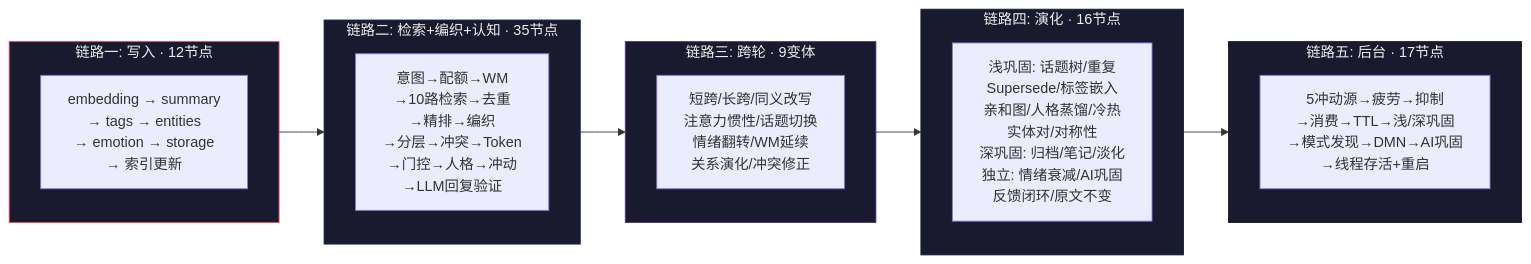
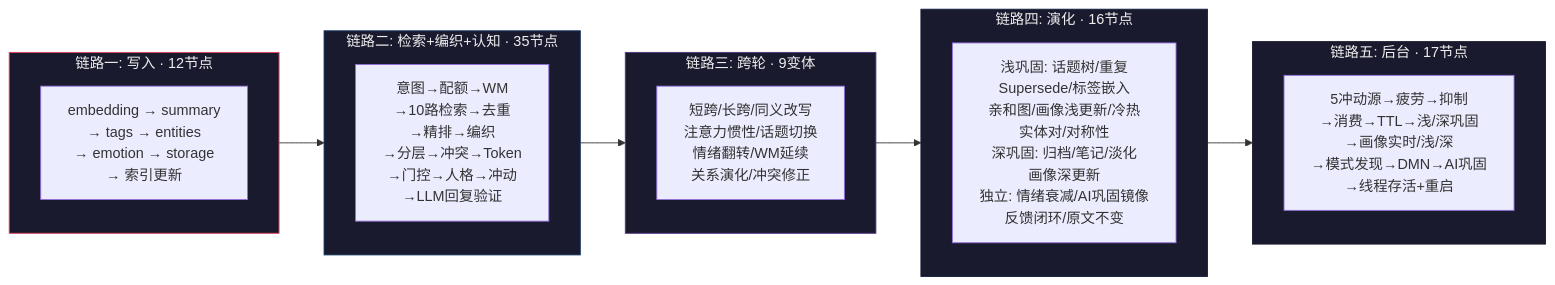
Before and after one commit to 834063245-creator/-First-beat.CH-MemorySystem: diagram 11 of 11 in ARCHITECTURE_DIAGRAM.md, drawn with Mermaid. The commit also changed other lines of this file and 4 other files, not shown here.

````diff
--- a/ARCHITECTURE_DIAGRAM.md
+++ b/ARCHITECTURE_DIAGRAM.md
@@ -452,30 +481,30 @@
 ```mermaid
 flowchart LR
     subgraph LINK1["链路一: 写入 · 12节点"]
         W1["embedding → summary<br/>→ tags → entities<br/>→ emotion → storage<br/>→ 索引更新"]
     end
 
     subgraph LINK2["链路二: 检索+编织+认知 · 35节点"]
         R1["意图→配额→WM<br/>→10路检索→去重<br/>→精排→编织<br/>→分层→冲突→Token<br/>→门控→人格→冲动<br/>→LLM回复验证"]
     end
 
     subgraph LINK3["链路三: 跨轮 · 9变体"]
         X1["短跨/长跨/同义改写<br/>注意力惯性/话题切换<br/>情绪翻转/WM延续<br/>关系演化/冲突修正"]
     end
 
     subgraph LINK4["链路四: 演化 · 16节点"]
-        M1["浅巩固: 话题树/重复<br/>Supersede/标签嵌入<br/>亲和图/人格蒸馏/冷热<br/>实体对/对称性<br/>深巩固: 归档/笔记/淡化<br/>独立: 情绪衰减/AI巩固<br/>反馈闭环/原文不变"]
+        M1["浅巩固: 话题树/重复<br/>Supersede/标签嵌入<br/>亲和图/画像浅更新/冷热<br/>实体对/对称性<br/>深巩固: 归档/笔记/淡化<br/>画像深更新<br/>独立: 情绪衰减/AI巩固镜像<br/>反馈闭环/原文不变"]
     end
 
     subgraph LINK5["链路五: 后台 · 17节点"]
-        B1["5冲动源→疲劳→抑制<br/>→消费→TTL→浅/深巩固<br/>→模式发现→DMN→AI巩固<br/>→线程存活+重启"]
+        B1["5冲动源→疲劳→抑制<br/>→消费→TTL→浅/深巩固<br/>→画像实时/浅/深<br/>→模式发现→DMN→AI巩固<br/>→线程存活+重启"]
     end
 
     LINK1 --> LINK2 --> LINK3 --> LINK4 --> LINK5
 
     style LINK1 fill:#1a1a2e,stroke:#e94560,color:#eee
     style LINK2 fill:#1a1a2e,stroke:#0f3460,color:#eee
     style LINK3 fill:#1a1a2e,stroke:#533483,color:#eee
     style LINK4 fill:#1a1a2e,stroke:#16213e,color:#eee
     style LINK5 fill:#1a1a2e,stroke:#1a1a2e,color:#eee
 ```
````
